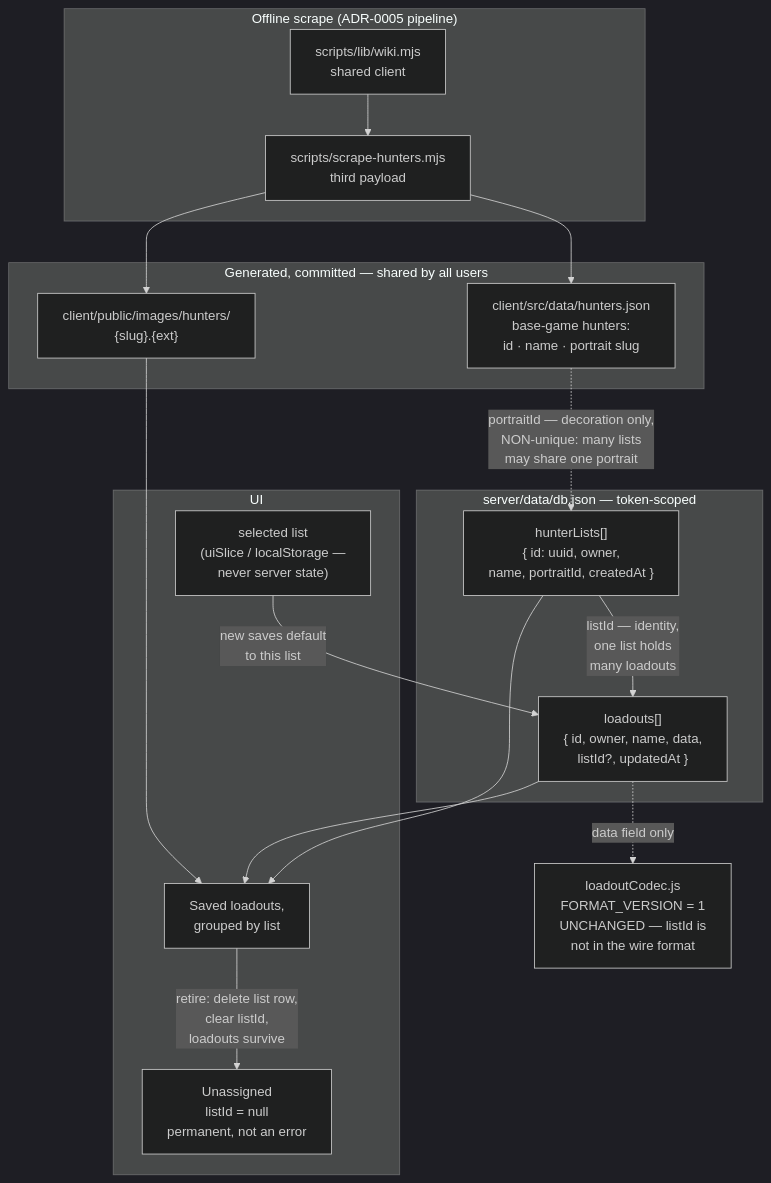
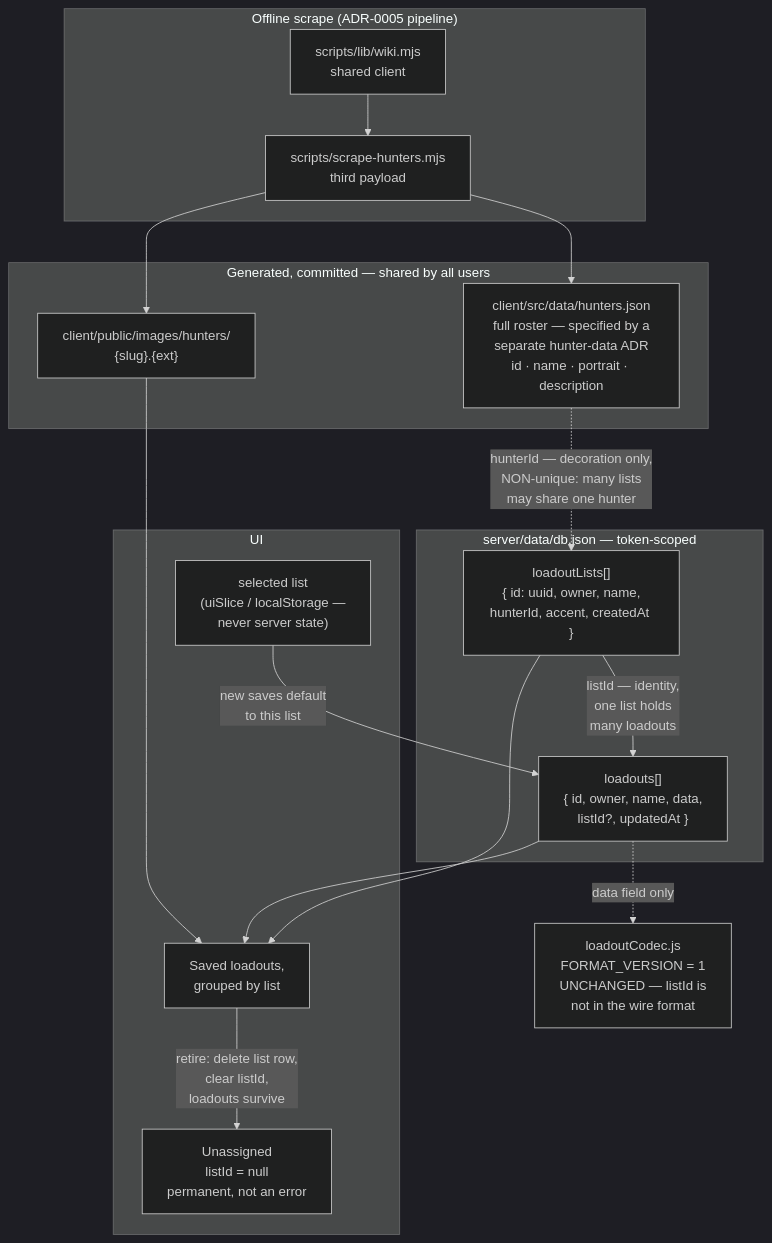
Before and after one commit to jonstump/the-outfitter: the diagram in docs/adrs/ADR-0006-hunter-loadout-lists.md, drawn with Mermaid (dark theme). The commit also changed other lines of this file, not shown here.

First line of the commit message:
Revise ADR-0006 after review: playlist framing, loadoutLists, attribution

````diff
--- a/docs/adrs/ADR-0006-hunter-loadout-lists.md
+++ b/docs/adrs/ADR-0006-hunter-loadout-lists.md
@@ -188,39 +195,39 @@
 ```mermaid
 flowchart TD
     subgraph scrape["Offline scrape (ADR-0005 pipeline)"]
         LIB["scripts/lib/wiki.mjs<br/>shared client"]
         SH["scripts/scrape-hunters.mjs<br/>third payload"]
         LIB --> SH
     end
 
     subgraph generated["Generated, committed — shared by all users"]
-        ROSTER["client/src/data/hunters.json<br/>base-game hunters:<br/>id · name · portrait slug"]
+        ROSTER["client/src/data/hunters.json<br/>full roster — specified by a<br/>separate hunter-data ADR<br/>id · name · portrait · description"]
         PORTRAIT["client/public/images/hunters/<br/>{slug}.{ext}"]
     end
 
     SH --> ROSTER
     SH --> PORTRAIT
 
     subgraph server["server/data/db.json — token-scoped"]
-        HL["hunterLists[]<br/>{ id: uuid, owner,<br/>name, portraitId, createdAt }"]
+        HL["loadoutLists[]<br/>{ id: uuid, owner, name,<br/>hunterId, accent, createdAt }"]
         LO["loadouts[]<br/>{ id, owner, name, data,<br/>listId?, updatedAt }"]
     end
 
-    ROSTER -.->|"portraitId — decoration only,<br/>NON-unique: many lists<br/>may share one portrait"| HL
+    ROSTER -.->|"hunterId — decoration only,<br/>NON-unique: many lists<br/>may share one hunter"| HL
     HL -->|"listId — identity,<br/>one list holds<br/>many loadouts"| LO
 
     subgraph ui["UI"]
         CURSOR["selected list<br/>(uiSlice / localStorage —<br/>never server state)"]
         GROUP["Saved loadouts,<br/>grouped by list"]
         UNASSIGNED["Unassigned<br/>listId = null<br/>permanent, not an error"]
     end
 
     HL --> GROUP
     LO --> GROUP
     PORTRAIT --> GROUP
     CURSOR -->|"new saves default<br/>to this list"| LO
     GROUP -->|"retire: delete list row,<br/>clear listId,<br/>loadouts survive"| UNASSIGNED
 
     CODEC["loadoutCodec.js<br/>FORMAT_VERSION = 1<br/>UNCHANGED — listId is<br/>not in the wire format"]
     LO -.->|"data field only"| CODEC
 ```
````
